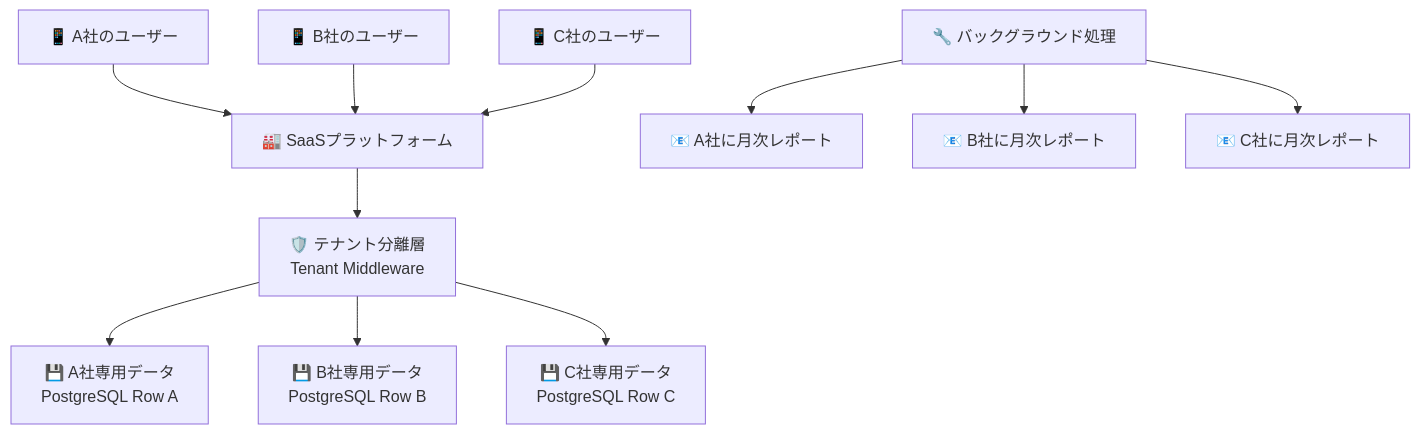
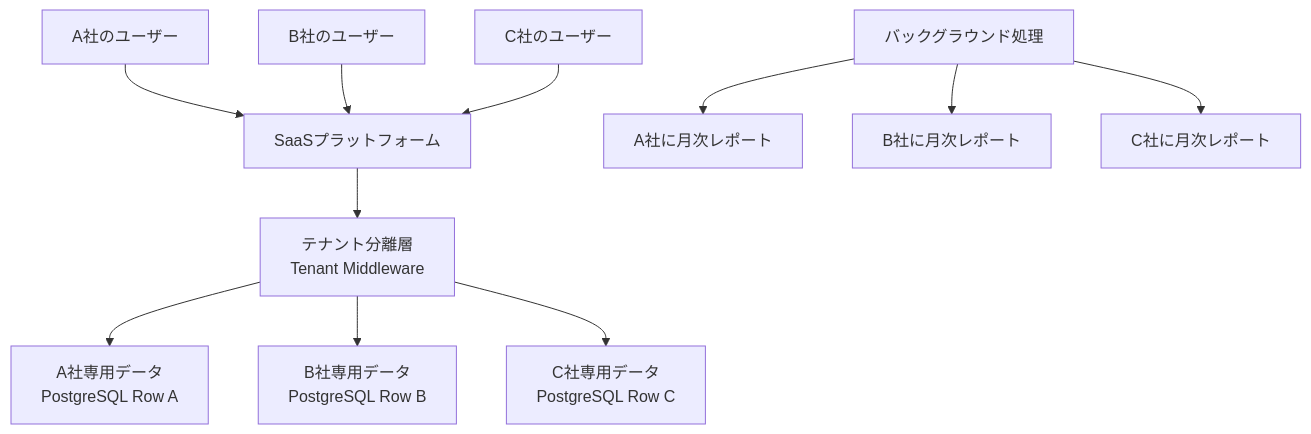
One commit to itdojp/supabase-architecture-patterns-book changed the diagram in docs/chapters/chapter05-2/index.md. Above: the diagram before and after it, drawn with Mermaid. The commit also changed other lines of this file and 49 other files, not shown here.

````diff
--- a/docs/chapters/chapter05-2/index.md
+++ b/docs/chapters/chapter05-2/index.md
@@ -58,16 +58,16 @@
 ```mermaid
 flowchart TD
-    A[📱 A社のユーザー] --> B[🏭 SaaSプラットフォーム]
-    C[📱 B社のユーザー] --> B
-    D[📱 C社のユーザー] --> B
+    A[ A社のユーザー] --> B[ SaaSプラットフォーム]
+    C[ B社のユーザー] --> B
+    D[ C社のユーザー] --> B
     
-    B --> E[🛡️ テナント分離層<br/>Tenant Middleware]
+    B --> E[ テナント分離層<br/>Tenant Middleware]
     
-    E --> F[💾 A社専用データ<br/>PostgreSQL Row A]
-    E --> G[💾 B社専用データ<br/>PostgreSQL Row B] 
-    E --> H[💾 C社専用データ<br/>PostgreSQL Row C]
+    E --> F[ A社専用データ<br/>PostgreSQL Row A]
+    E --> G[ B社専用データ<br/>PostgreSQL Row B] 
+    E --> H[ C社専用データ<br/>PostgreSQL Row C]
     
-    I[🔧 バックグラウンド処理] --> J[📧 A社に月次レポート]
-    I --> K[📧 B社に月次レポート]
-    I --> L[📧 C社に月次レポート]
+    I[ バックグラウンド処理] --> J[ A社に月次レポート]
+    I --> K[ B社に月次レポート]
+    I --> L[ C社に月次レポート]
 ```
````
